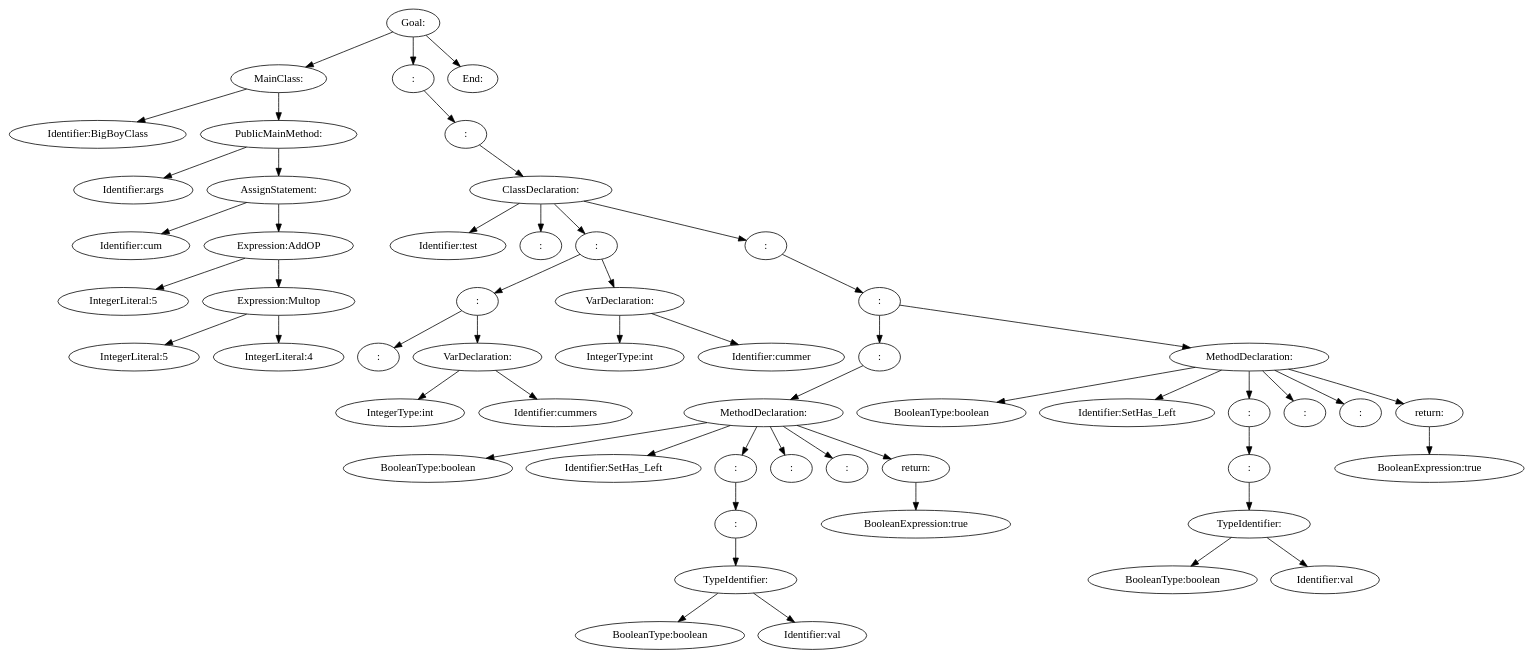
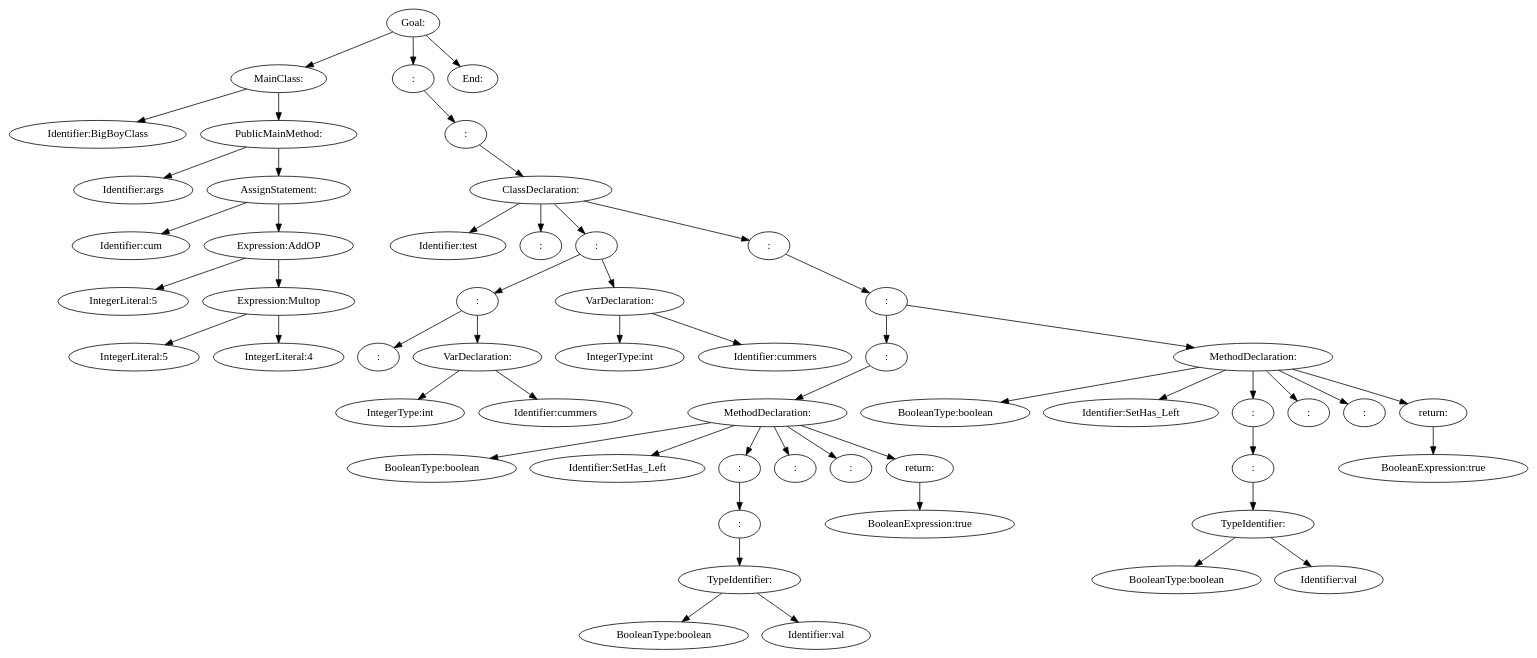
The diagram in semantic/tree.dot (DingusDungus/kompilator2), drawn with Graphviz before and after one commit. The commit also changed 10 other files, not shown here.

```diff
--- a/semantic/tree.dot
+++ b/semantic/tree.dot
@@ -1,109 +1,109 @@
 digraph {
 n0 [label="Goal:"];
 n1 [label="MainClass:"];
 n2 [label="Identifier:BigBoyClass"];
 n1 -> n2
 n3 [label="PublicMainMethod:"];
 n4 [label="Identifier:args"];
 n3 -> n4
 n5 [label="AssignStatement:"];
 n6 [label="Identifier:cum"];
 n5 -> n6
 n7 [label="Expression:AddOP"];
 n8 [label="IntegerLiteral:5"];
 n7 -> n8
 n9 [label="Expression:Multop"];
 n10 [label="IntegerLiteral:5"];
 n9 -> n10
 n11 [label="IntegerLiteral:4"];
 n9 -> n11
 n7 -> n9
 n5 -> n7
 n3 -> n5
 n1 -> n3
 n0 -> n1
 n12 [label=":"];
 n13 [label=":"];
 n14 [label="ClassDeclaration:"];
 n15 [label="Identifier:test"];
 n14 -> n15
 n16 [label=":"];
 n14 -> n16
 n17 [label=":"];
 n18 [label=":"];
 n19 [label=":"];
 n18 -> n19
 n20 [label="VarDeclaration:"];
 n21 [label="IntegerType:int"];
 n20 -> n21
 n22 [label="Identifier:cummers"];
 n20 -> n22
 n18 -> n20
 n17 -> n18
 n23 [label="VarDeclaration:"];
 n24 [label="IntegerType:int"];
 n23 -> n24
-n25 [label="Identifier:cummer"];
+n25 [label="Identifier:cummers"];
 n23 -> n25
 n17 -> n23
 n14 -> n17
 n26 [label=":"];
 n27 [label=":"];
 n28 [label=":"];
 n29 [label="MethodDeclaration:"];
 n30 [label="BooleanType:boolean"];
 n29 -> n30
 n31 [label="Identifier:SetHas_Left"];
 n29 -> n31
 n32 [label=":"];
 n33 [label=":"];
 n34 [label="TypeIdentifier:"];
 n35 [label="BooleanType:boolean"];
 n34 -> n35
 n36 [label="Identifier:val"];
 n34 -> n36
 n33 -> n34
 n32 -> n33
 n29 -> n32
 n37 [label=":"];
 n29 -> n37
 n38 [label=":"];
 n29 -> n38
 n39 [label="return:"];
 n40 [label="BooleanExpression:true"];
 n39 -> n40
 n29 -> n39
 n28 -> n29
 n27 -> n28
 n41 [label="MethodDeclaration:"];
 n42 [label="BooleanType:boolean"];
 n41 -> n42
 n43 [label="Identifier:SetHas_Left"];
 n41 -> n43
 n44 [label=":"];
 n45 [label=":"];
 n46 [label="TypeIdentifier:"];
 n47 [label="BooleanType:boolean"];
 n46 -> n47
 n48 [label="Identifier:val"];
 n46 -> n48
 n45 -> n46
 n44 -> n45
 n41 -> n44
 n49 [label=":"];
 n41 -> n49
 n50 [label=":"];
 n41 -> n50
 n51 [label="return:"];
 n52 [label="BooleanExpression:true"];
 n51 -> n52
 n41 -> n51
 n27 -> n41
 n26 -> n27
 n14 -> n26
 n13 -> n14
 n12 -> n13
 n0 -> n12
 n53 [label="End:"];
 n0 -> n53
 }
```
